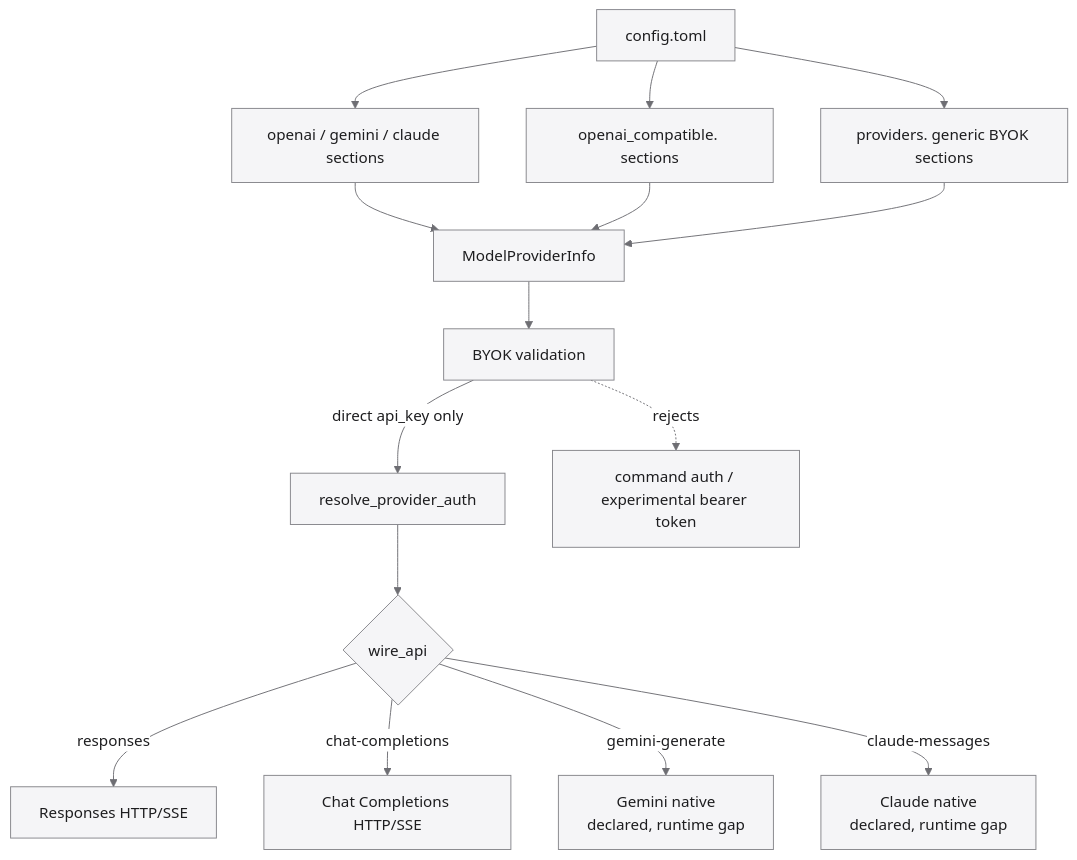
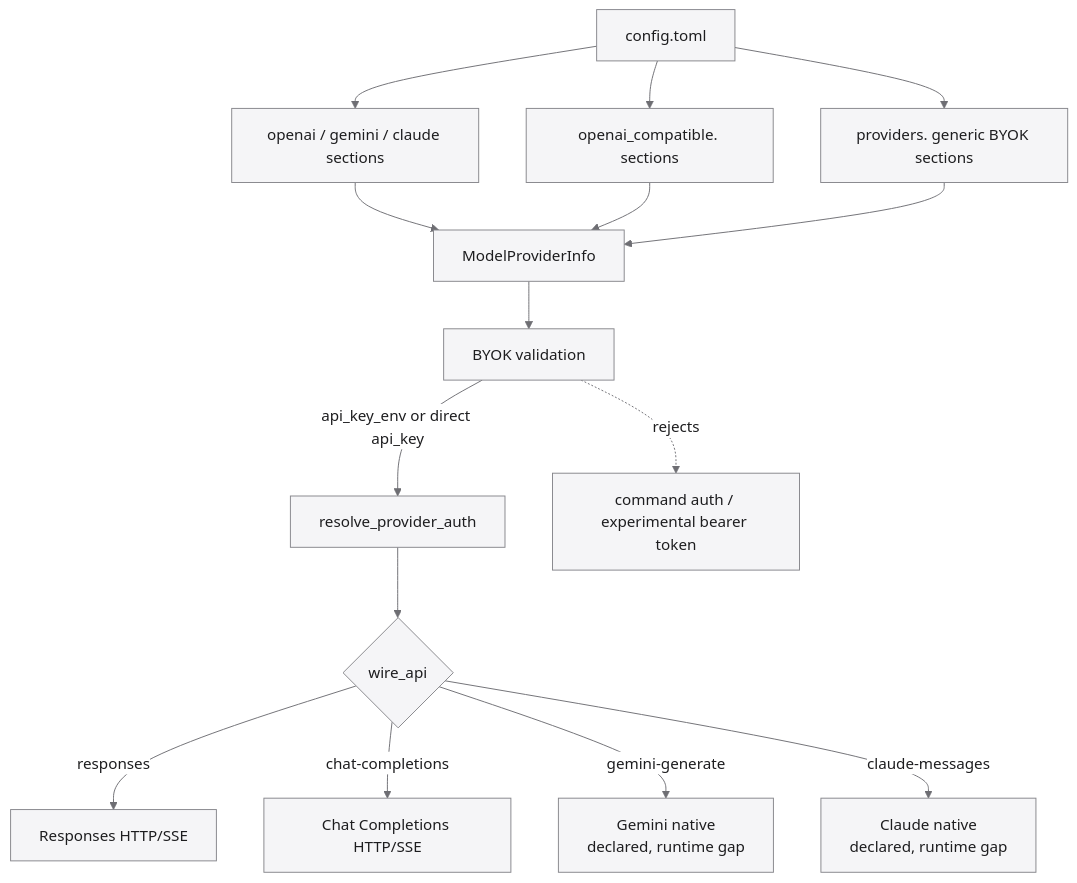
Before and after one commit to huizhike/darwin-code: the fifth of 8 diagrams in docs/architecture.md, drawn with Mermaid. The commit also changed other lines of this file and 48 other files, not shown here.

````diff
--- a/docs/architecture.md
+++ b/docs/architecture.md
@@ -191,31 +191,31 @@
 ```mermaid
 %%{init: {"theme": "base", "themeVariables": {"background": "#f5f5f7", "mainBkg": "#f5f5f7", "primaryColor": "#f5f5f7", "primaryTextColor": "#1d1d1f", "primaryBorderColor": "#86868b", "secondaryColor": "#e8e8ed", "secondaryTextColor": "#1d1d1f", "secondaryBorderColor": "#a1a1a6", "tertiaryColor": "#ffffff", "tertiaryTextColor": "#1d1d1f", "tertiaryBorderColor": "#d2d2d7", "clusterBkg": "#f5f5f7", "clusterBorder": "#d2d2d7", "lineColor": "#6e6e73", "edgeLabelBackground": "#ffffff", "actorBkg": "#f5f5f7", "actorBorder": "#86868b", "actorTextColor": "#1d1d1f", "activationBkgColor": "#e8e8ed", "activationBorderColor": "#86868b", "noteBkgColor": "#f5f5f7", "noteTextColor": "#1d1d1f", "fontFamily": "-apple-system, BlinkMacSystemFont, SF Pro Text, Segoe UI, sans-serif"}}}%%
 flowchart TD
     configToml[config.toml]
     native[openai / gemini / claude sections]
     compat[openai_compatible.<id> sections]
     generic[providers.<id> generic BYOK sections]
     providerInfo[ModelProviderInfo]
     validation[BYOK validation]
     auth[resolve_provider_auth]
     wire{wire_api}
     responses[Responses HTTP/SSE]
     chat[Chat Completions HTTP/SSE]
     gemini[Gemini native<br/>declared, runtime gap]
     claude[Claude native<br/>declared, runtime gap]
 
     configToml --> native
     configToml --> compat
     configToml --> generic
     native --> providerInfo
     compat --> providerInfo
     generic --> providerInfo
     providerInfo --> validation
-    validation -->|direct api_key only| auth
+    validation -->|api_key_env or direct api_key| auth
     validation -. rejects .-> legacy[command auth / experimental bearer token]
     auth --> wire
     wire -->|responses| responses
     wire -->|chat-completions| chat
     wire -->|gemini-generate| gemini
     wire -->|claude-messages| claude
 ```
````
